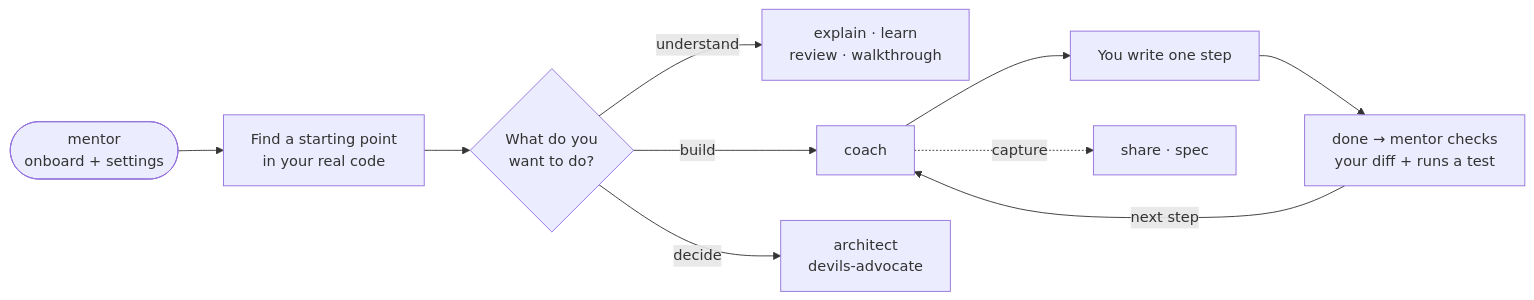
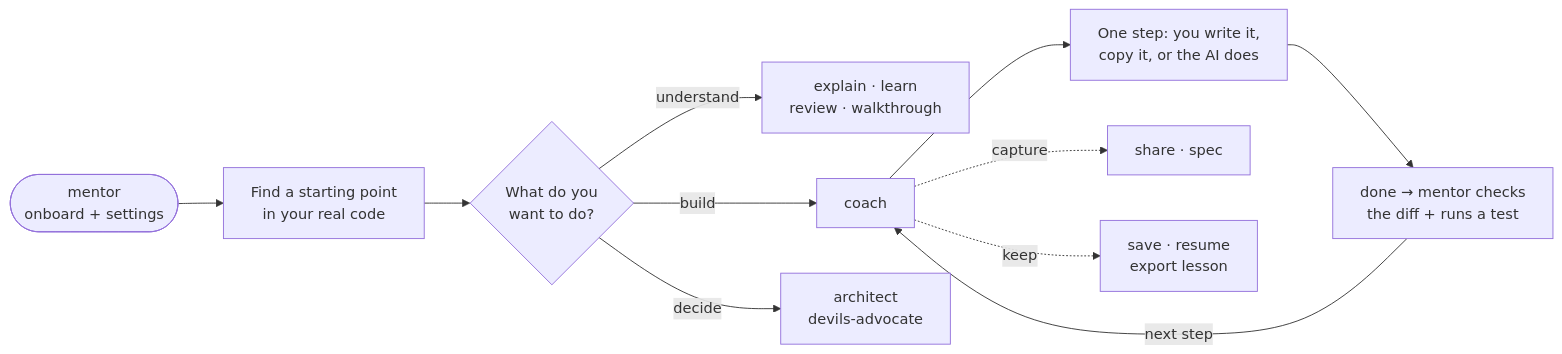
The diagram in README.md (SirL0fty/dev-mentor), drawn with Mermaid before and after one commit. The commit also changed other lines of this file and 10 other files, not shown here.

````diff
--- a/README.md
+++ b/README.md
@@ -74,11 +78,12 @@
 ```mermaid
 flowchart LR
     Start(["mentor<br/>onboard + settings"]) --> Where["Find a starting point<br/>in your real code"]
     Where --> Pick{"What do you<br/>want to do?"}
     Pick -->|understand| U["explain · learn<br/>review · walkthrough"]
     Pick -->|build| C["coach"]
     Pick -->|decide| D["architect<br/>devils-advocate"]
-    C --> Edit["You write one step"] --> Check["done → mentor checks<br/>your diff + runs a test"]
+    C --> Edit["One step: you write it,<br/>copy it, or the AI does"] --> Check["done → mentor checks<br/>the diff + runs a test"]
     Check -->|next step| C
     C -. capture .-> S["share · spec"]
+    C -. keep .-> L["save · resume<br/>export lesson"]
 ```
````
